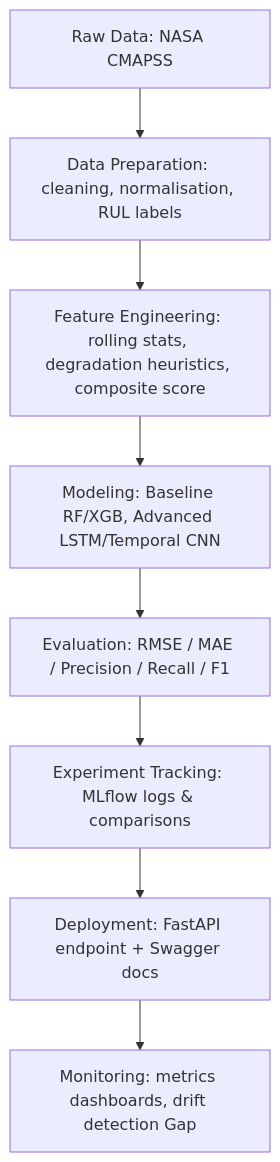
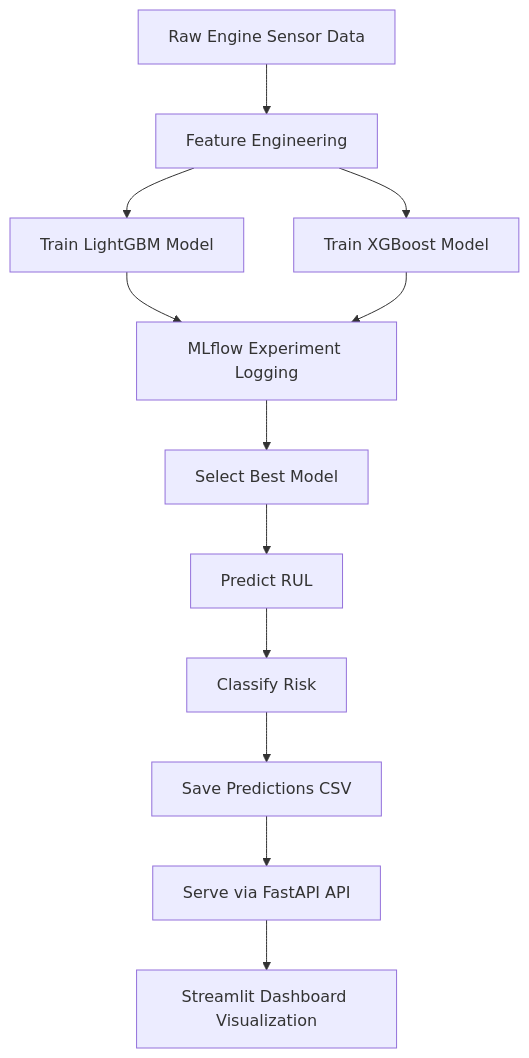
Before and after one commit to S-Houston/predictive_maintenance: the diagram in README.md, drawn with Mermaid. The commit also changed other lines of this file, not shown here.

````diff
--- a/README.md
+++ b/README.md
@@ -78,10 +78,14 @@
 ```mermaid
 flowchart TD
-    A[Raw Data: NASA CMAPSS] --> B[Data Preparation: cleaning, normalisation, RUL labels]
-    B --> C[Feature Engineering: rolling stats, degradation heuristics, composite score]
-    C --> D[Modeling: Baseline RF/XGB, Advanced LSTM/Temporal CNN]
-    D --> E[Evaluation: RMSE / MAE / Precision / Recall / F1]
-    E --> F[Experiment Tracking: MLflow logs & comparisons]
-    F --> G[Deployment: FastAPI endpoint + Swagger docs]
-    G --> H[Monitoring: metrics dashboards, drift detection Gap]
+    A[Raw Engine Sensor Data] --> B[Feature Engineering]
+    B --> C[Train LightGBM Model]
+    B --> D[Train XGBoost Model]
+    C --> E[MLflow Experiment Logging]
+    D --> E
+    E --> F[Select Best Model]
+    F --> G[Predict RUL]
+    G --> H[Classify Risk]
+    H --> I[Save Predictions CSV]
+    I --> J[Serve via FastAPI API]
+    J --> K[Streamlit Dashboard Visualization]
 ```
````
